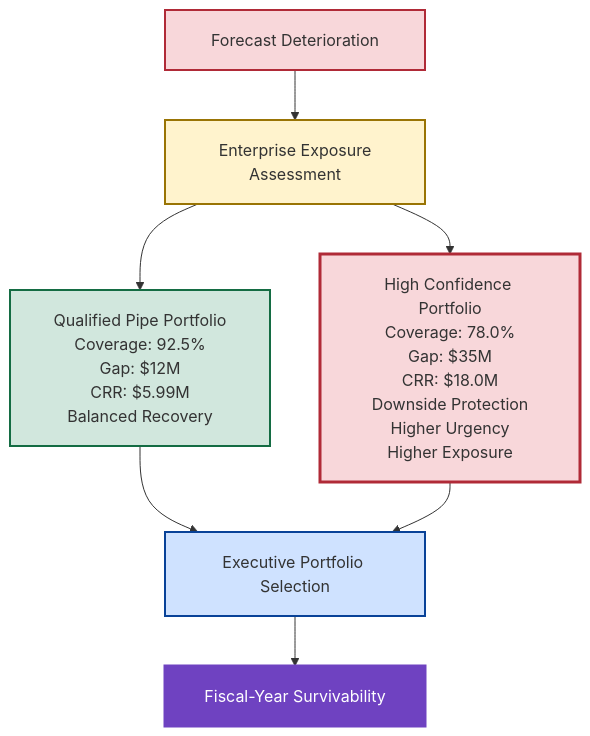
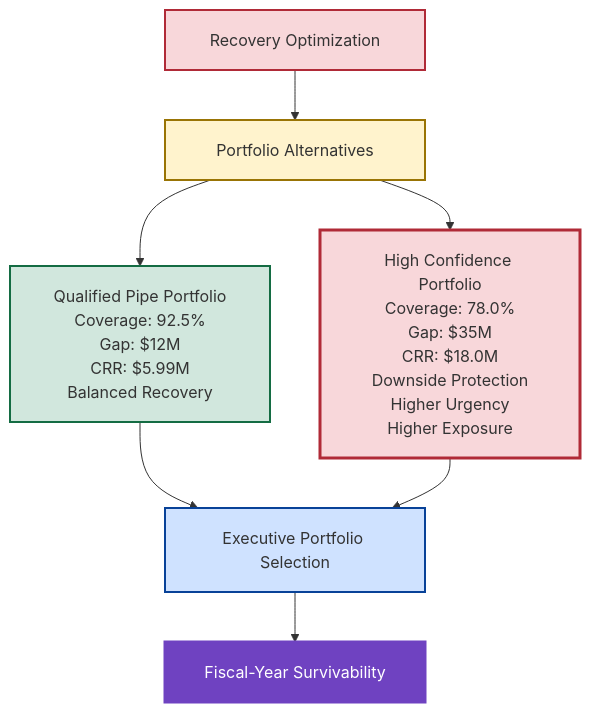
Before and after one commit to AwesomeAnil/newbridge-saas-operating-system: the diagram in 10_Investment_Tradeoff_Analysis/investment-tradeoff-analysis.md, drawn with Mermaid. The commit also changed other lines of this file and 2 other files, not shown here.

````diff
--- a/10_Investment_Tradeoff_Analysis/investment-tradeoff-analysis.md
+++ b/10_Investment_Tradeoff_Analysis/investment-tradeoff-analysis.md
@@ -68,21 +75,21 @@
 ```mermaid
 flowchart TD
 
-    A["<table><tr><td width='350' align='center'>Forecast Deterioration</td></tr></table>"] --> B["<table><tr><td width='350' align='center'>Enterprise Exposure<br/>Assessment</td></tr></table>"]
+    A["<table><tr><td width='350' align='center'>Recovery Optimization</td></tr></table>"] --> B["<table><tr><td width='350' align='center'>Portfolio Alternatives</td></tr></table>"]
     
     B --> C["<table><tr><td width='350' align='center'>Qualified Pipe Portfolio<br/>Coverage: 92.5%<br/>Gap: $12M<br/>CRR: $5.99M<br/>Balanced Recovery</td></tr></table>"]
     B --> D["<table><tr><td width='350' align='center'>High Confidence Portfolio<br/>Coverage: 78.0%<br/>Gap: $35M<br/>CRR: $18.0M<br/>Downside Protection<br/>Higher Urgency<br/>Higher Exposure</td></tr></table>"]
     
     C --> E["<table><tr><td width='350' align='center'>Executive Portfolio Selection</td></tr></table>"]
     D --> E
     
     E --> F["<table><tr><td width='350' align='center'>Fiscal-Year Survivability</td></tr></table>"]
 
     %% Individual Node Color Overrides
     style A fill:#f8d7da,stroke:#b02a37,stroke-width:2px
     style B fill:#fff3cd,stroke:#997404,stroke-width:2px
     style C fill:#d1e7dd,stroke:#146c43,stroke-width:2px
     style D fill:#f8d7da,stroke:#b02a37,stroke-width:3px
     style E fill:#cfe2ff,stroke:#084298,stroke-width:2px
     style F fill:#6f42c1,color:#ffffff,stroke:#6f42c1,stroke-width:3px
 ```
````
